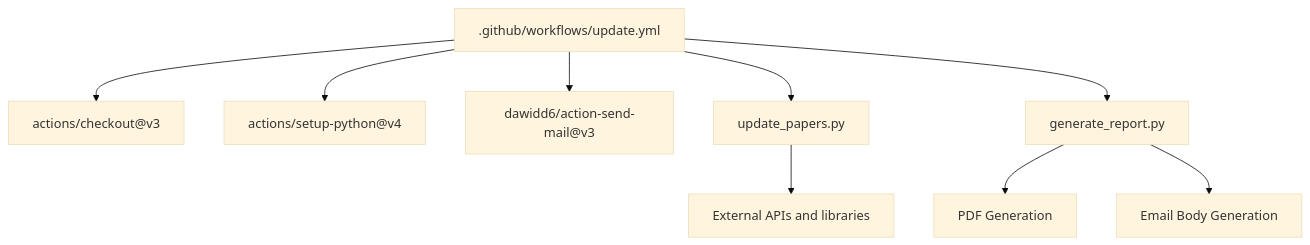
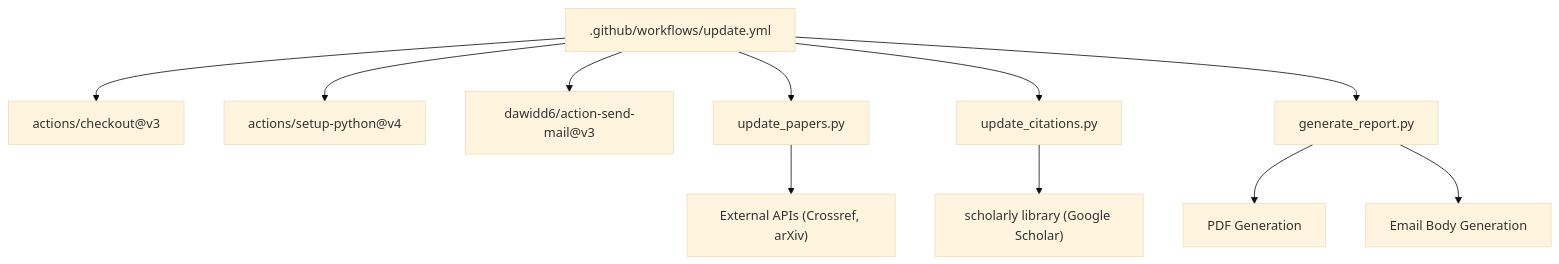
Diagram 11 of 11 in .qoder/repowiki/en/content/Configuration Guide/GitHub Actions Workflow.md (junxie01/paper_weekly), drawn with Mermaid (base theme) before and after one commit. The commit also changed other lines of this file and 5 other files, not shown here.

````diff
--- a/.qoder/repowiki/en/content/Configuration Guide/GitHub Actions Workflow.md
+++ b/.qoder/repowiki/en/content/Configuration Guide/GitHub Actions Workflow.md
@@ -353,11 +399,13 @@
 ```mermaid
 graph TB
 WF[".github/workflows/update.yml"] --> CO["actions/checkout@v3"]
 WF --> SP["actions/setup-python@v4"]
 WF --> EA["dawidd6/action-send-mail@v3"]
 WF --> US["update_papers.py"]
+WF --> UC["update_citations.py"]
 WF --> GR["generate_report.py"]
-US --> DEPS["External APIs and libraries"]
+US --> DEPS["External APIs (Crossref, arXiv)"]
+UC --> SCHOLARLY["scholarly library (Google Scholar)"]
 GR --> PDF["PDF Generation"]
 GR --> EMAIL["Email Body Generation"]
 ```
````
